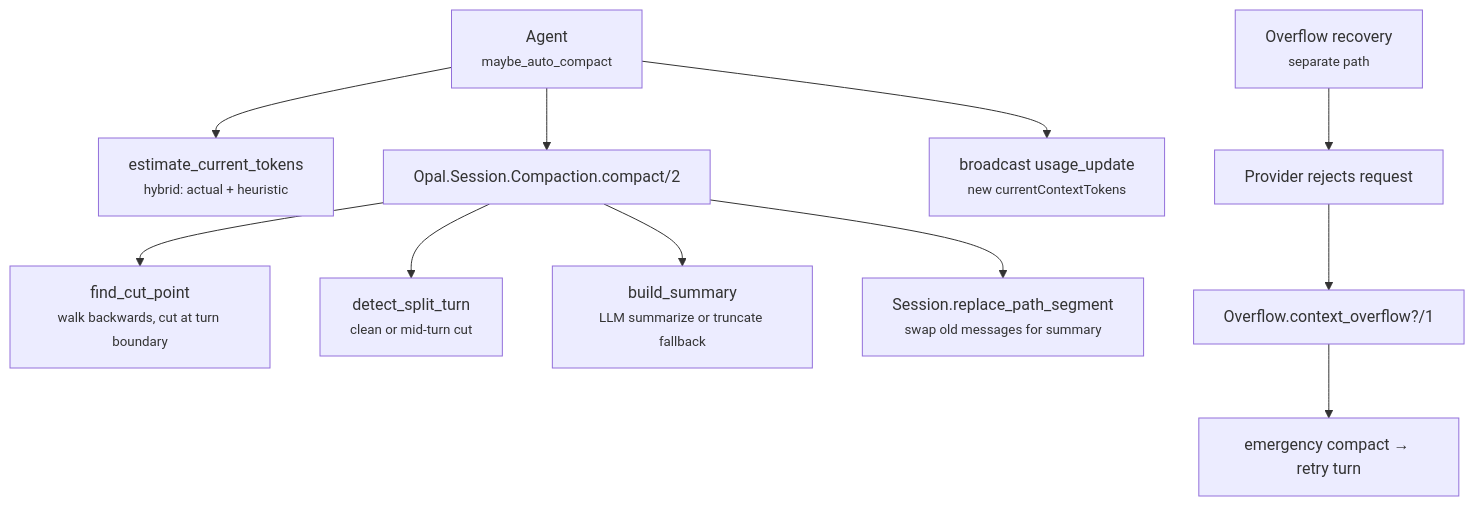
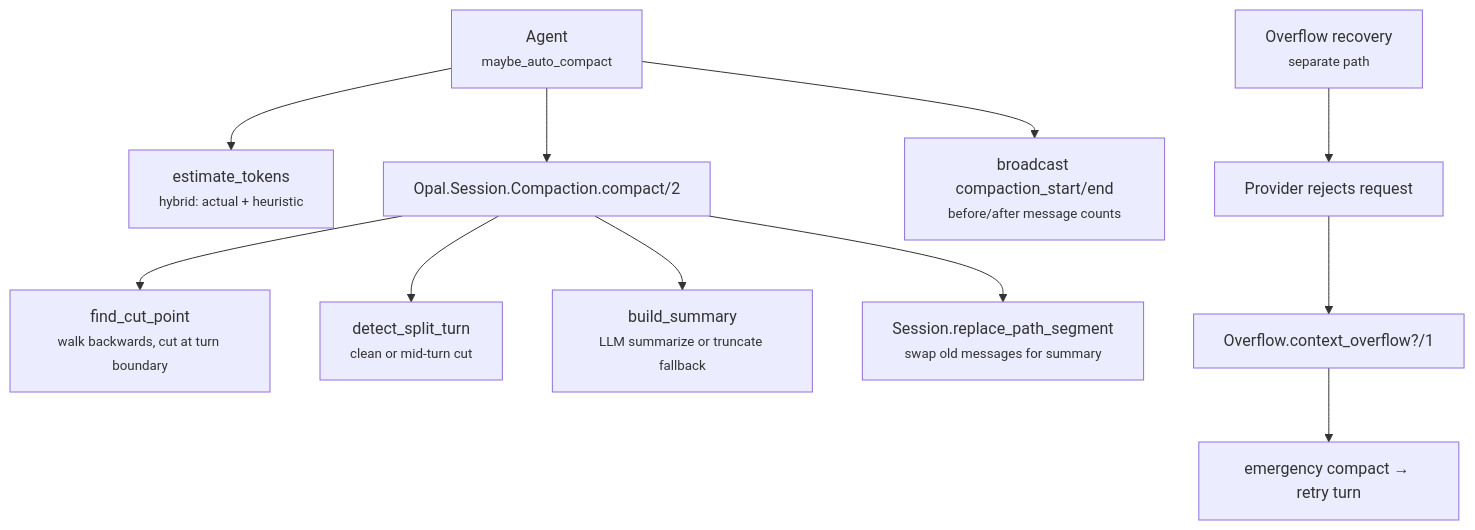
One commit to matteing/opal changed the diagram in docs/compaction.md. Above: the diagram before and after it, drawn with Mermaid. The commit also changed other lines of this file and 37 other files, not shown here.

````diff
--- a/docs/compaction.md
+++ b/docs/compaction.md
@@ -8,16 +8,16 @@
 ```mermaid
 graph TD
     Agent["Agent<br/><small>maybe_auto_compact</small>"]
-    Agent --> Estimate["estimate_current_tokens<br/><small>hybrid: actual + heuristic</small>"]
+    Agent --> Estimate["estimate_tokens<br/><small>hybrid: actual + heuristic</small>"]
     Agent --> Compact["Opal.Session.Compaction.compact/2"]
     Compact --> Cut["find_cut_point<br/><small>walk backwards, cut at turn boundary</small>"]
     Compact --> Split["detect_split_turn<br/><small>clean or mid-turn cut</small>"]
     Compact --> Summary["build_summary<br/><small>LLM summarize or truncate fallback</small>"]
     Compact --> Replace["Session.replace_path_segment<br/><small>swap old messages for summary</small>"]
-    Agent --> Broadcast["broadcast usage_update<br/><small>new currentContextTokens</small>"]
+    Agent --> Broadcast["broadcast compaction_start/end<br/><small>before/after message counts</small>"]
 
     Overflow["Overflow recovery<br/><small>separate path</small>"]
     Overflow --> Reject["Provider rejects request"]
     Reject --> Detect["Overflow.context_overflow?/1"]
     Detect --> Emergency["emergency compact → retry turn"]
 ```
````
